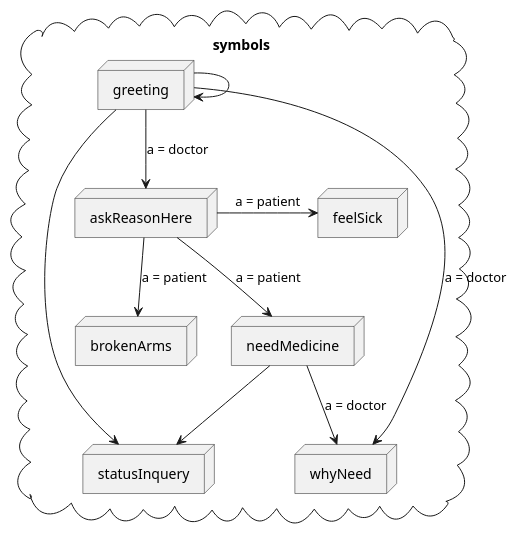
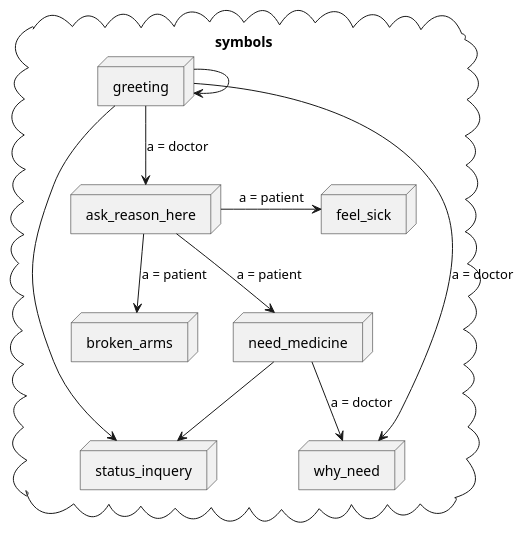
Diagram 26 of 26 in thesis/thesis.org (jappeace/methods-homework), drawn with PlantUML before and after one commit. The commit also changed other lines of this file, not shown here.

Commit message:
Use the png exports which works

```diff
--- a/thesis/thesis.org
+++ b/thesis/thesis.org
@@ -4682,23 +4670,23 @@
-#+BEGIN_SRC plantuml :cache yes :file img/uml/dep:filedconns.svg :exports results
+#+BEGIN_SRC plantuml :cache yes :file img/uml/dep:filedconns.png :exports results
 cloud "symbols"{
-  node askReasonHere
-  node brokenArms
-  node feelSick
+  node ask_reason_here
+  node broken_arms
+  node feel_sick
 
   node greeting
-  node statusInquery
-  node whyNeed
-  node needMedicine
+  node status_inquery
+  node why_need
+  node need_medicine
 
-  askReasonHere --> needMedicine : a = patient
-  askReasonHere --> brokenArms : a = patient
-  askReasonHere -> feelSick : a = patient
+  ask_reason_here --> need_medicine : a = patient
+  ask_reason_here --> broken_arms : a = patient
+  ask_reason_here -> feel_sick : a = patient
 
-  needMedicine --> statusInquery
-  needMedicine --> whyNeed : a = doctor
-  greeting --> statusInquery
+  need_medicine --> status_inquery
+  need_medicine --> why_need : a = doctor
+  greeting --> status_inquery
   greeting --> greeting
-  greeting --> whyNeed : a = doctor
-  greeting --> askReasonHere : a = doctor
+  greeting --> why_need : a = doctor
+  greeting --> ask_reason_here : a = doctor
 }
 #+END_SRC
```
